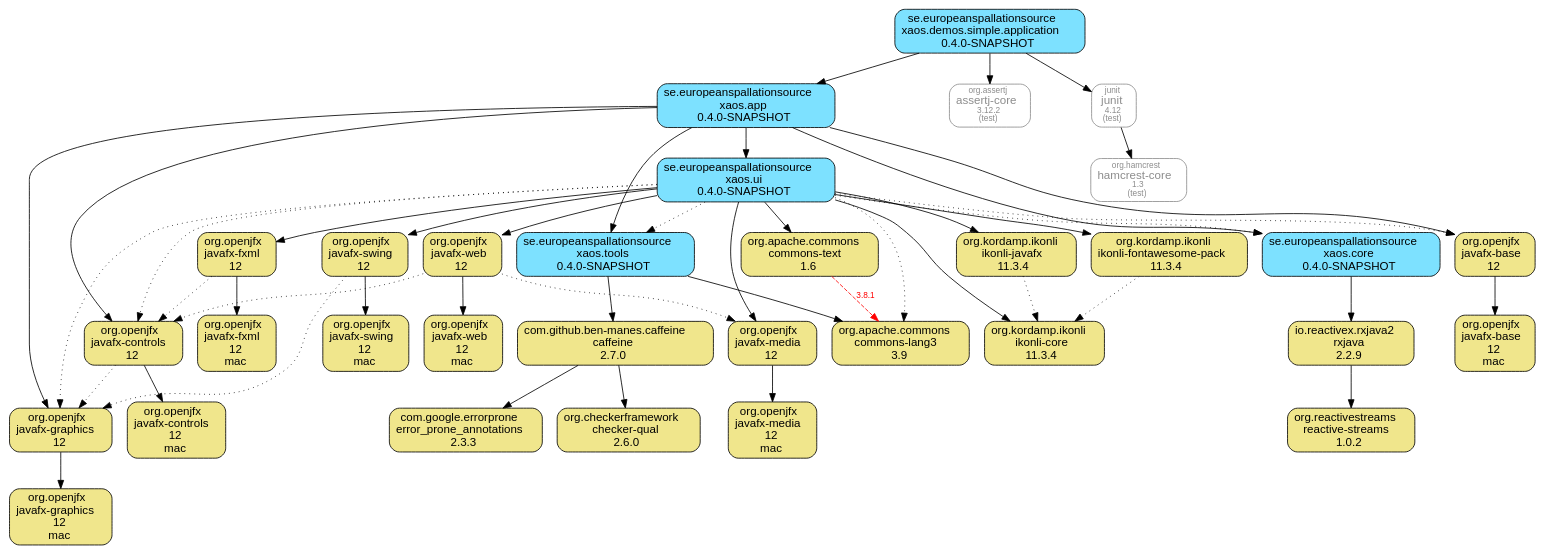
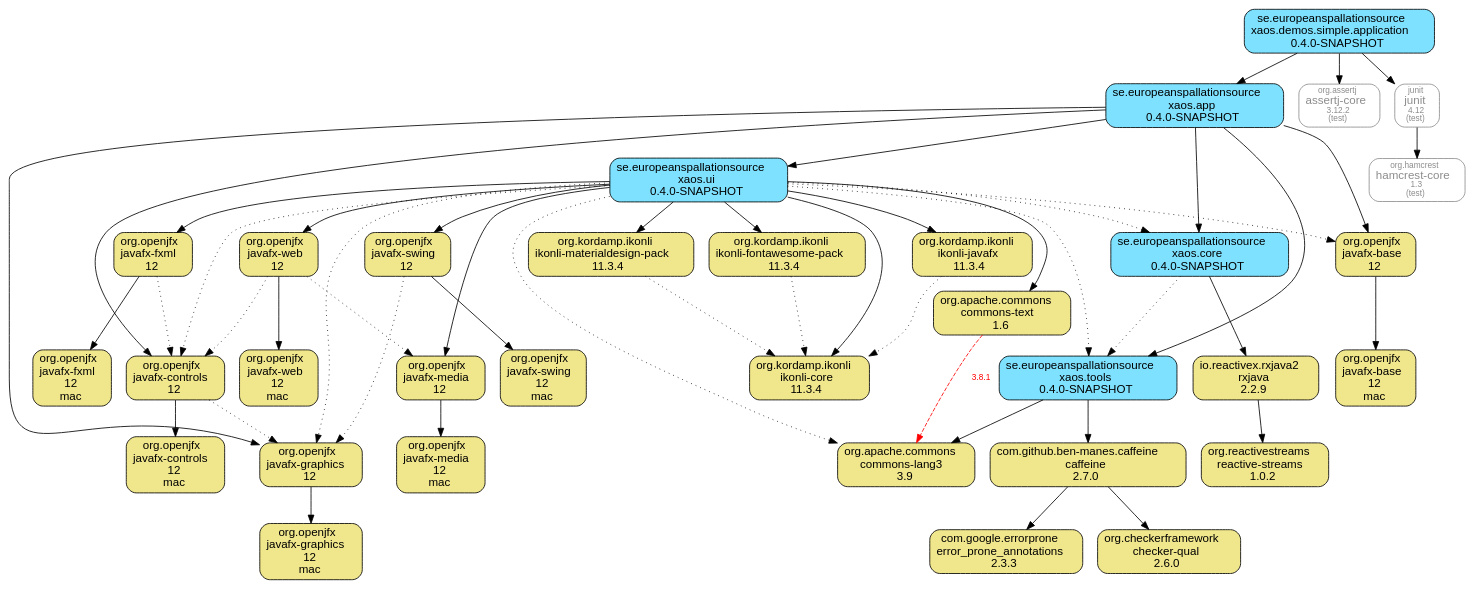
The diagram in xaos.demos.module/xaos.demos.simple.application.module/doc/maven-dependencies.dot (ESSICS/XAOS), drawn with Graphviz before and after one commit. The commit also changed 61 other files, not shown here.

```diff
--- a/xaos.demos.module/xaos.demos.simple.application.module/doc/maven-dependencies.dot
+++ b/xaos.demos.module/xaos.demos.simple.application.module/doc/maven-dependencies.dot
@@ -1,85 +1,89 @@
 digraph "xaos.demos.simple.application" {
   node [shape="box",style="rounded",fontname="Helvetica",fontsize="14"]
   edge [fontsize="10",fontname="Helvetica"]
 
   // Node Definitions:
   "org.openjfx:javafx-base:jar"[shape="box",style="rounded, filled",fillcolor="khaki",label=<org.openjfx<br/>javafx-base<br/>12>]
   "org.openjfx:javafx-base:jar:mac"[shape="box",style="rounded, filled",fillcolor="khaki",label=<org.openjfx<br/>javafx-base<br/>12<br/>mac>]
   "se.europeanspallationsource:xaos.app:jar"[shape="box",style="rounded, filled",fillcolor="#7DE1FF",label=<se.europeanspallationsource<br/>xaos.app<br/>0.4.0-SNAPSHOT>]
   "org.openjfx:javafx-controls:jar"[shape="box",style="rounded, filled",fillcolor="khaki",label=<org.openjfx<br/>javafx-controls<br/>12>]
   "org.openjfx:javafx-controls:jar:mac"[shape="box",style="rounded, filled",fillcolor="khaki",label=<org.openjfx<br/>javafx-controls<br/>12<br/>mac>]
   "org.openjfx:javafx-graphics:jar"[shape="box",style="rounded, filled",fillcolor="khaki",label=<org.openjfx<br/>javafx-graphics<br/>12>]
   "org.openjfx:javafx-graphics:jar:mac"[shape="box",style="rounded, filled",fillcolor="khaki",label=<org.openjfx<br/>javafx-graphics<br/>12<br/>mac>]
   "se.europeanspallationsource:xaos.tools:jar"[shape="box",style="rounded, filled",fillcolor="#7DE1FF",label=<se.europeanspallationsource<br/>xaos.tools<br/>0.4.0-SNAPSHOT>]
   "org.apache.commons:commons-lang3:jar"[shape="box",style="rounded, filled",fillcolor="khaki",label=<org.apache.commons<br/>commons-lang3<br/>3.9>]
   "com.github.ben-manes.caffeine:caffeine:jar"[shape="box",style="rounded, filled",fillcolor="khaki",label=<com.github.ben-manes.caffeine<br/>caffeine<br/>2.7.0>]
   "org.checkerframework:checker-qual:jar"[shape="box",style="rounded, filled",fillcolor="khaki",label=<org.checkerframework<br/>checker-qual<br/>2.6.0>]
   "com.google.errorprone:error_prone_annotations:jar"[shape="box",style="rounded, filled",fillcolor="khaki",label=<com.google.errorprone<br/>error_prone_annotations<br/>2.3.3>]
   "io.reactivex.rxjava2:rxjava:jar"[shape="box",style="rounded, filled",fillcolor="khaki",label=<io.reactivex.rxjava2<br/>rxjava<br/>2.2.9>]
   "org.reactivestreams:reactive-streams:jar"[shape="box",style="rounded, filled",fillcolor="khaki",label=<org.reactivestreams<br/>reactive-streams<br/>1.0.2>]
   "se.europeanspallationsource:xaos.core:jar"[shape="box",style="rounded, filled",fillcolor="#7DE1FF",label=<se.europeanspallationsource<br/>xaos.core<br/>0.4.0-SNAPSHOT>]
   "se.europeanspallationsource:xaos.ui:jar"[shape="box",style="rounded, filled",fillcolor="#7DE1FF",label=<se.europeanspallationsource<br/>xaos.ui<br/>0.4.0-SNAPSHOT>]
   "org.openjfx:javafx-fxml:jar"[shape="box",style="rounded, filled",fillcolor="khaki",label=<org.openjfx<br/>javafx-fxml<br/>12>]
   "org.openjfx:javafx-fxml:jar:mac"[shape="box",style="rounded, filled",fillcolor="khaki",label=<org.openjfx<br/>javafx-fxml<br/>12<br/>mac>]
   "org.openjfx:javafx-media:jar"[shape="box",style="rounded, filled",fillcolor="khaki",label=<org.openjfx<br/>javafx-media<br/>12>]
   "org.openjfx:javafx-media:jar:mac"[shape="box",style="rounded, filled",fillcolor="khaki",label=<org.openjfx<br/>javafx-media<br/>12<br/>mac>]
   "org.openjfx:javafx-swing:jar"[shape="box",style="rounded, filled",fillcolor="khaki",label=<org.openjfx<br/>javafx-swing<br/>12>]
   "org.openjfx:javafx-swing:jar:mac"[shape="box",style="rounded, filled",fillcolor="khaki",label=<org.openjfx<br/>javafx-swing<br/>12<br/>mac>]
   "org.openjfx:javafx-web:jar"[shape="box",style="rounded, filled",fillcolor="khaki",label=<org.openjfx<br/>javafx-web<br/>12>]
   "org.openjfx:javafx-web:jar:mac"[shape="box",style="rounded, filled",fillcolor="khaki",label=<org.openjfx<br/>javafx-web<br/>12<br/>mac>]
   "org.apache.commons:commons-text:jar"[shape="box",style="rounded, filled",fillcolor="khaki",label=<org.apache.commons<br/>commons-text<br/>1.6>]
   "org.kordamp.ikonli:ikonli-core:jar"[shape="box",style="rounded, filled",fillcolor="khaki",label=<org.kordamp.ikonli<br/>ikonli-core<br/>11.3.4>]
   "org.kordamp.ikonli:ikonli-javafx:jar"[shape="box",style="rounded, filled",fillcolor="khaki",label=<org.kordamp.ikonli<br/>ikonli-javafx<br/>11.3.4>]
   "org.kordamp.ikonli:ikonli-fontawesome-pack:jar"[shape="box",style="rounded, filled",fillcolor="khaki",label=<org.kordamp.ikonli<br/>ikonli-fontawesome-pack<br/>11.3.4>]
+  "org.kordamp.ikonli:ikonli-materialdesign-pack:jar"[shape="box",style="rounded, filled",fillcolor="khaki",label=<org.kordamp.ikonli<br/>ikonli-materialdesign-pack<br/>11.3.4>]
   "se.europeanspallationsource:xaos.demos.simple.application:jar"[shape="box",style="rounded, filled",fillcolor="#7DE1FF",label=<se.europeanspallationsource<br/>xaos.demos.simple.application<br/>0.4.0-SNAPSHOT>]
   "org.assertj:assertj-core:jar"[shape="box",style="rounded",color="grey55",fontname="Helvetica",fontsize="14",fontcolor="grey55",label=<<font color="grey55" point-size="10">org.assertj</font><br/>assertj-core<font color="grey55" point-size="10"><br/>3.12.2</font><font color="grey55" point-size="10"><br/>(test)</font>>]
   "junit:junit:jar"[shape="box",style="rounded",color="grey55",fontname="Helvetica",fontsize="14",fontcolor="grey55",label=<<font color="grey55" point-size="10">junit</font><br/>junit<font color="grey55" point-size="10"><br/>4.12</font><font color="grey55" point-size="10"><br/>(test)</font>>]
   "org.hamcrest:hamcrest-core:jar"[shape="box",style="rounded",color="grey55",fontname="Helvetica",fontsize="14",fontcolor="grey55",label=<<font color="grey55" point-size="10">org.hamcrest</font><br/>hamcrest-core<font color="grey55" point-size="10"><br/>1.3</font><font color="grey55" point-size="10"><br/>(test)</font>>]
 
   // Edge Definitions:
   "org.openjfx:javafx-base:jar" -> "org.openjfx:javafx-base:jar:mac"
   "se.europeanspallationsource:xaos.app:jar" -> "org.openjfx:javafx-base:jar"
   "org.openjfx:javafx-controls:jar" -> "org.openjfx:javafx-controls:jar:mac"
   "org.openjfx:javafx-controls:jar" -> "org.openjfx:javafx-graphics:jar"[style="dotted"]
   "se.europeanspallationsource:xaos.app:jar" -> "org.openjfx:javafx-controls:jar"
   "org.openjfx:javafx-graphics:jar" -> "org.openjfx:javafx-graphics:jar:mac"
   "se.europeanspallationsource:xaos.app:jar" -> "org.openjfx:javafx-graphics:jar"
   "se.europeanspallationsource:xaos.tools:jar" -> "org.apache.commons:commons-lang3:jar"
   "com.github.ben-manes.caffeine:caffeine:jar" -> "org.checkerframework:checker-qual:jar"
   "com.github.ben-manes.caffeine:caffeine:jar" -> "com.google.errorprone:error_prone_annotations:jar"
   "se.europeanspallationsource:xaos.tools:jar" -> "com.github.ben-manes.caffeine:caffeine:jar"
   "se.europeanspallationsource:xaos.app:jar" -> "se.europeanspallationsource:xaos.tools:jar"
   "io.reactivex.rxjava2:rxjava:jar" -> "org.reactivestreams:reactive-streams:jar"
   "se.europeanspallationsource:xaos.core:jar" -> "io.reactivex.rxjava2:rxjava:jar"
+  "se.europeanspallationsource:xaos.core:jar" -> "se.europeanspallationsource:xaos.tools:jar"[style="dotted"]
   "se.europeanspallationsource:xaos.app:jar" -> "se.europeanspallationsource:xaos.core:jar"
   "se.europeanspallationsource:xaos.ui:jar" -> "org.openjfx:javafx-base:jar"[style="dotted"]
   "se.europeanspallationsource:xaos.ui:jar" -> "org.openjfx:javafx-controls:jar"[style="dotted"]
   "org.openjfx:javafx-fxml:jar" -> "org.openjfx:javafx-fxml:jar:mac"
   "org.openjfx:javafx-fxml:jar" -> "org.openjfx:javafx-controls:jar"[style="dotted"]
   "se.europeanspallationsource:xaos.ui:jar" -> "org.openjfx:javafx-fxml:jar"
   "se.europeanspallationsource:xaos.ui:jar" -> "org.openjfx:javafx-graphics:jar"[style="dotted"]
   "org.openjfx:javafx-media:jar" -> "org.openjfx:javafx-media:jar:mac"
   "se.europeanspallationsource:xaos.ui:jar" -> "org.openjfx:javafx-media:jar"
   "org.openjfx:javafx-swing:jar" -> "org.openjfx:javafx-swing:jar:mac"
   "org.openjfx:javafx-swing:jar" -> "org.openjfx:javafx-graphics:jar"[style="dotted"]
   "se.europeanspallationsource:xaos.ui:jar" -> "org.openjfx:javafx-swing:jar"
   "org.openjfx:javafx-web:jar" -> "org.openjfx:javafx-web:jar:mac"
   "org.openjfx:javafx-web:jar" -> "org.openjfx:javafx-controls:jar"[style="dotted"]
   "org.openjfx:javafx-web:jar" -> "org.openjfx:javafx-media:jar"[style="dotted"]
   "se.europeanspallationsource:xaos.ui:jar" -> "org.openjfx:javafx-web:jar"
   "se.europeanspallationsource:xaos.ui:jar" -> "org.apache.commons:commons-lang3:jar"[style="dotted"]
   "org.apache.commons:commons-text:jar" -> "org.apache.commons:commons-lang3:jar"[style="dashed",color="red",fontcolor="red",label="3.8.1"]
   "se.europeanspallationsource:xaos.ui:jar" -> "org.apache.commons:commons-text:jar"
   "se.europeanspallationsource:xaos.ui:jar" -> "org.kordamp.ikonli:ikonli-core:jar"
   "org.kordamp.ikonli:ikonli-javafx:jar" -> "org.kordamp.ikonli:ikonli-core:jar"[style="dotted"]
   "se.europeanspallationsource:xaos.ui:jar" -> "org.kordamp.ikonli:ikonli-javafx:jar"
   "org.kordamp.ikonli:ikonli-fontawesome-pack:jar" -> "org.kordamp.ikonli:ikonli-core:jar"[style="dotted"]
   "se.europeanspallationsource:xaos.ui:jar" -> "org.kordamp.ikonli:ikonli-fontawesome-pack:jar"
+  "org.kordamp.ikonli:ikonli-materialdesign-pack:jar" -> "org.kordamp.ikonli:ikonli-core:jar"[style="dotted"]
+  "se.europeanspallationsource:xaos.ui:jar" -> "org.kordamp.ikonli:ikonli-materialdesign-pack:jar"
   "se.europeanspallationsource:xaos.ui:jar" -> "se.europeanspallationsource:xaos.tools:jar"[style="dotted"]
   "se.europeanspallationsource:xaos.ui:jar" -> "se.europeanspallationsource:xaos.core:jar"[style="dotted"]
   "se.europeanspallationsource:xaos.app:jar" -> "se.europeanspallationsource:xaos.ui:jar"
   "se.europeanspallationsource:xaos.demos.simple.application:jar" -> "se.europeanspallationsource:xaos.app:jar"
   "se.europeanspallationsource:xaos.demos.simple.application:jar" -> "org.assertj:assertj-core:jar"
   "junit:junit:jar" -> "org.hamcrest:hamcrest-core:jar"
   "se.europeanspallationsource:xaos.demos.simple.application:jar" -> "junit:junit:jar"
 }
```
